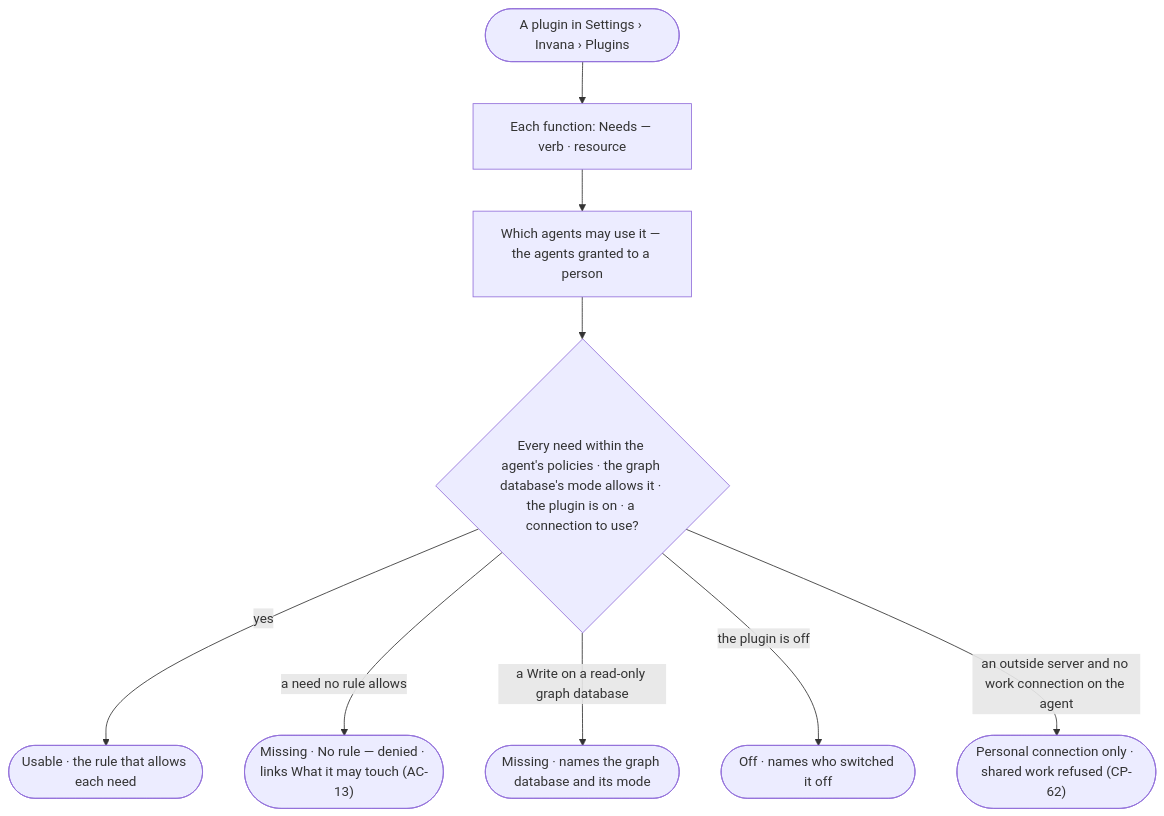
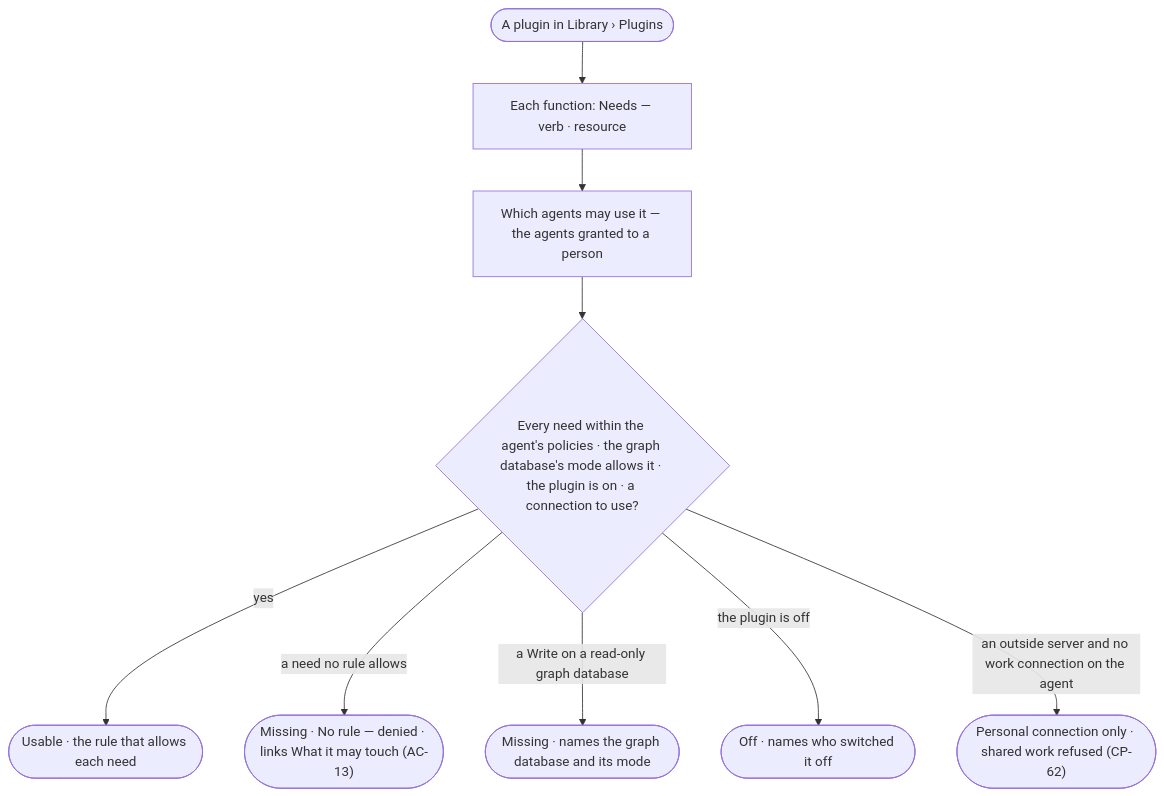
One commit to invana/invana changed the diagram in specs/os/control/features/CP-F02-plugins-and-outside-tools/stories/CP-44-see-what-a-plugin-needs-and-which-agents-may-use-it/story.md. Above: the diagram before and after it, drawn with Mermaid. The commit also changed 106 other files, not shown here.

````diff
--- a/specs/os/control/features/CP-F02-plugins-and-outside-tools/stories/CP-44-see-what-a-plugin-needs-and-which-agents-may-use-it/story.md
+++ b/specs/os/control/features/CP-F02-plugins-and-outside-tools/stories/CP-44-see-what-a-plugin-needs-and-which-agents-may-use-it/story.md
@@ -29,11 +29,11 @@
 ```mermaid
 flowchart TD
-  p([A plugin in Settings › Invana › Plugins]) --> f["Each function: Needs — verb · resource"]
+  p([A plugin in Library › Plugins]) --> f["Each function: Needs — verb · resource"]
   f --> who["Which agents may use it — the agents granted to a person"]
   who --> chk{"Every need within the agent's policies · the graph database's mode allows it · the plugin is on · a connection to use?"}
   chk -->|yes| ok(["Usable · the rule that allows each need"])
   chk -->|a need no rule allows| m1(["Missing · No rule — denied · links What it may touch (AC-13)"])
   chk -->|a Write on a read-only graph database| m2(["Missing · names the graph database and its mode"])
   chk -->|the plugin is off| m3(["Off · names who switched it off"])
   chk -->|an outside server and no work connection on the agent| m4(["Personal connection only · shared work refused (CP-62)"])
 ```
````
